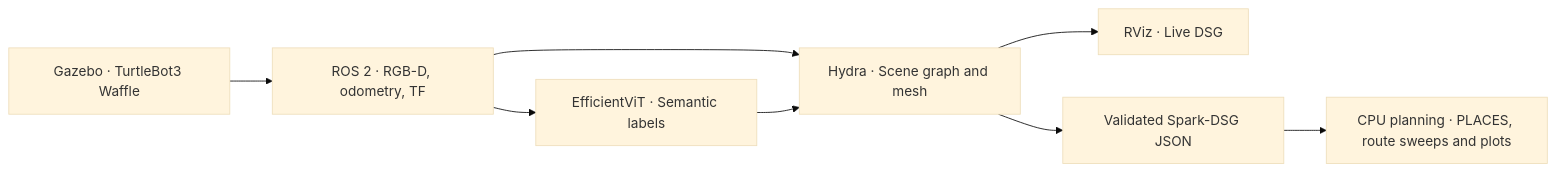
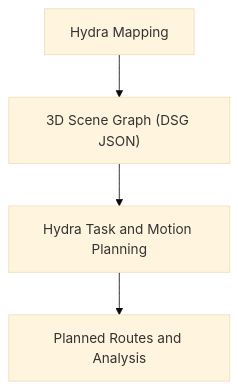
Before and after one commit to sidhantjha/hydra-acrl: the diagram in README.md, drawn with Mermaid (base theme). The commit also changed other lines of this file, not shown here.

Commit message:
Improve Hydra-ACRL user and developer guide

````diff
--- a/README.md
+++ b/README.md
@@ -7,10 +12,6 @@
 ```mermaid
-flowchart LR
-    Gazebo["Gazebo · TurtleBot3 Waffle"] --> ROS["ROS 2 · RGB-D, odometry, TF"]
-    ROS --> Inference["EfficientViT · Semantic labels"]
-    ROS --> Hydra["Hydra · Scene graph and mesh"]
-    Inference --> Hydra
-    Hydra --> RViz["RViz · Live DSG"]
-    Hydra --> Export["Validated Spark-DSG JSON"]
-    Export --> Planner["CPU planning · PLACES, route sweeps and plots"]
+flowchart TD
+    Mapping["Hydra Mapping"] --> Graph["3D Scene Graph (DSG JSON)"]
+    Graph --> Planning["Hydra Task and Motion Planning"]
+    Planning --> Results["Planned Routes and Analysis"]
 ```
````
